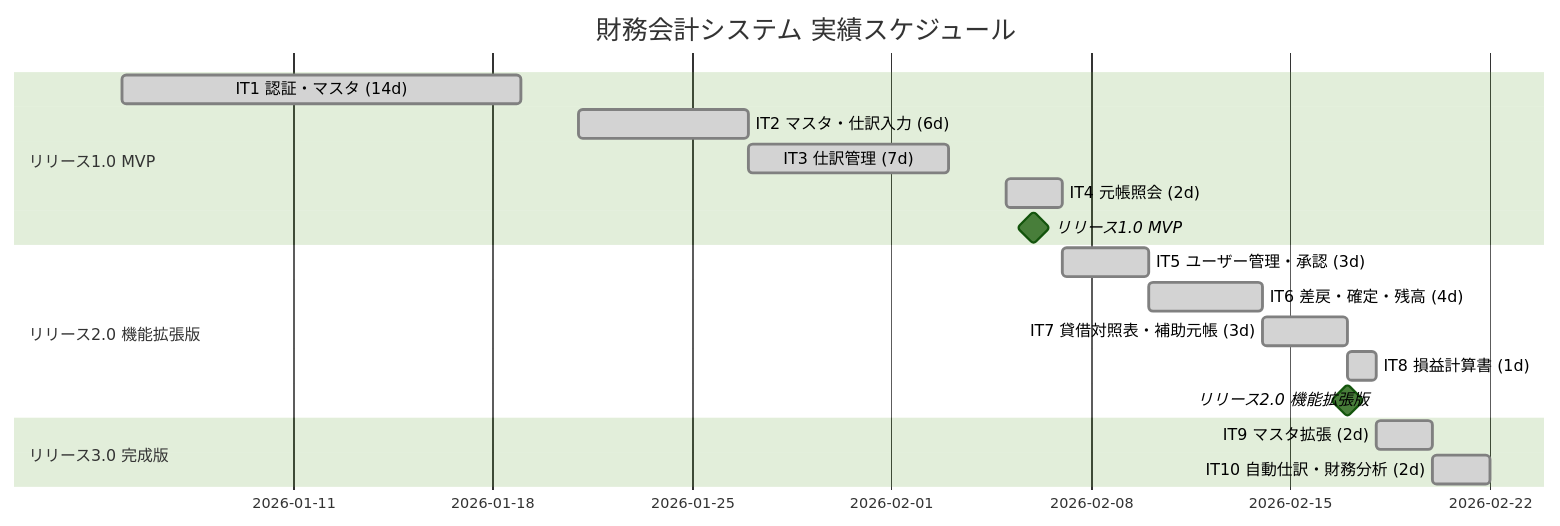
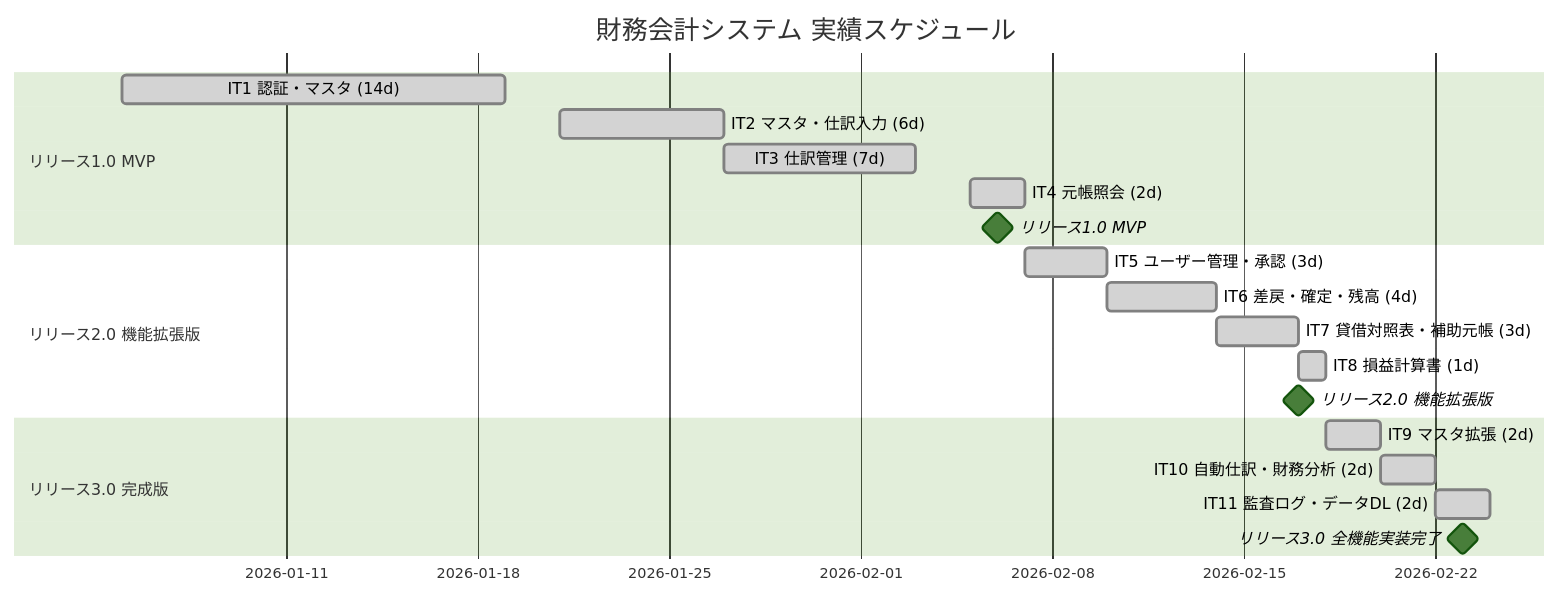
Before and after one commit to k2works/case-study-accounting: the fifth of 6 diagrams in docs/development/release_plan.md, drawn with Mermaid (forest theme). The commit also changed other lines of this file and 1 other file, not shown here.

````diff
--- a/docs/development/release_plan.md
+++ b/docs/development/release_plan.md
@@ -293,23 +293,25 @@
 ```mermaid
 gantt
     title 財務会計システム 実績スケジュール
     dateFormat  YYYY-MM-DD
 
     section リリース1.0 MVP
     IT1 認証・マスタ (14d)     :done, a1, 2026-01-05, 14d
     IT2 マスタ・仕訳入力 (6d)  :done, a2, 2026-01-21, 6d
     IT3 仕訳管理 (7d)          :done, a3, 2026-01-27, 7d
     IT4 元帳照会 (2d)          :done, a4, 2026-02-05, 2d
     リリース1.0 MVP            :milestone, ma1, 2026-02-06, 0d
 
     section リリース2.0 機能拡張版
     IT5 ユーザー管理・承認 (3d) :done, a5, 2026-02-07, 3d
     IT6 差戻・確定・残高 (4d)   :done, a6, 2026-02-10, 4d
     IT7 貸借対照表・補助元帳 (3d) :done, a7, 2026-02-14, 3d
     IT8 損益計算書 (1d)          :done, a8, 2026-02-17, 1d
     リリース2.0 機能拡張版      :milestone, ma2, 2026-02-17, 0d
 
     section リリース3.0 完成版
     IT9 マスタ拡張 (2d)          :done, a9, 2026-02-18, 2d
     IT10 自動仕訳・財務分析 (2d)   :done, a10, 2026-02-20, 2d
+    IT11 監査ログ・データDL (2d)   :done, a11, 2026-02-22, 2d
+    リリース3.0 全機能実装完了      :milestone, ma3f, 2026-02-23, 0d
 ```
````
